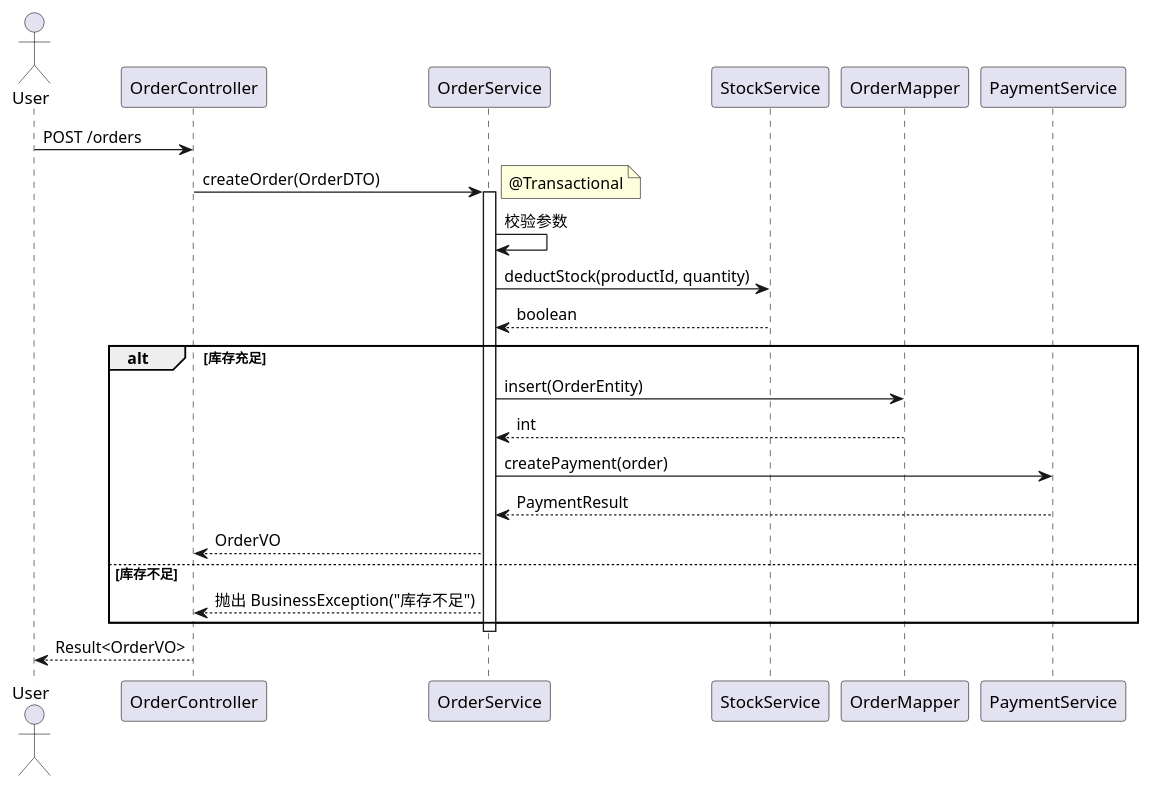
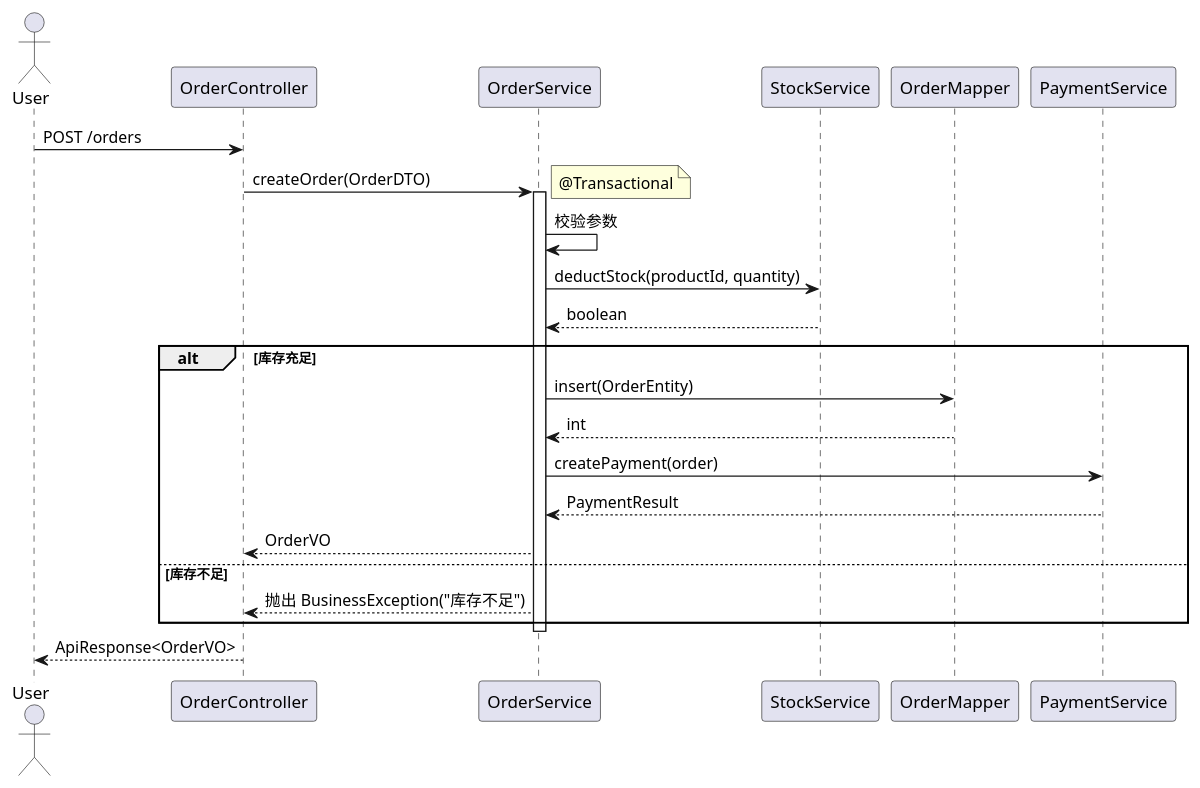
The diagram in aik-skills-lab/system-design/references/transaction-patterns.md (arrowInkneeeee/AikSteinsGrimoire), drawn with PlantUML before and after one commit. The commit also changed 69 other files, not shown here.

````diff
--- a/aik-skills-lab/system-design/references/transaction-patterns.md
+++ b/aik-skills-lab/system-design/references/transaction-patterns.md
@@ -116,33 +116,33 @@
 ```plantuml
 @startuml
 actor User
 participant "OrderController" as Controller
 participant "OrderService" as Service
 participant "StockService" as Stock
 participant "OrderMapper" as Mapper
 participant "PaymentService" as Payment
 
 User -> Controller: POST /orders
 Controller -> Service: createOrder(OrderDTO)
 
 activate Service
 note right: @Transactional
 
 Service -> Service: 校验参数
 Service -> Stock: deductStock(productId, quantity)
 Stock --> Service: boolean
 
 alt 库存充足
     Service -> Mapper: insert(OrderEntity)
     Mapper --> Service: int
     Service -> Payment: createPayment(order)
     Payment --> Service: PaymentResult
     Service --> Controller: OrderVO
 else 库存不足
     Service --> Controller: 抛出 BusinessException("库存不足")
 end
 deactivate Service
 
-Controller --> User: Result<OrderVO>
+Controller --> User: ApiResponse<OrderVO>
 @enduml
 ```
````
